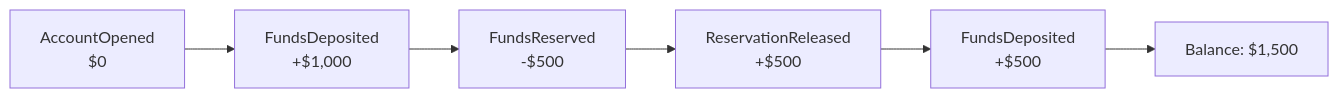
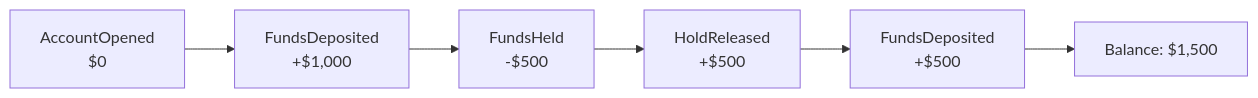
The diagram in site/src/content/docs/index.mdx (angzarr-io/angzarr-project), drawn with Mermaid before and after one commit. The commit also changed other lines of this file and 30 other files, not shown here.

````diff
--- a/site/src/content/docs/index.mdx
+++ b/site/src/content/docs/index.mdx
@@ -28,8 +28,8 @@
 ```mermaid
 flowchart LR
     E0["AccountOpened<br/>$0"] --> E1["FundsDeposited<br/>+$1,000"]
-    E1 --> E2["FundsReserved<br/>-$500"]
-    E2 --> E3["ReservationReleased<br/>+$500"]
+    E1 --> E2["FundsHeld<br/>-$500"]
+    E2 --> E3["HoldReleased<br/>+$500"]
     E3 --> E4["FundsDeposited<br/>+$500"]
     E4 --> State["Balance: $1,500"]
 ```
````
